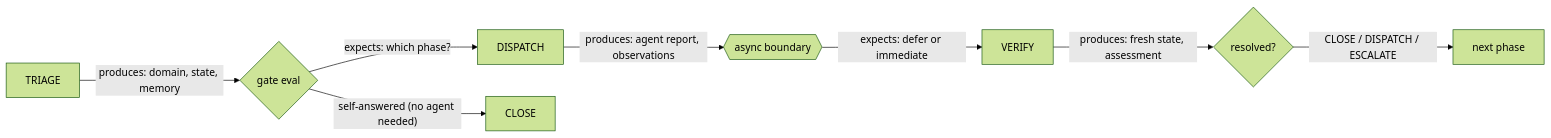
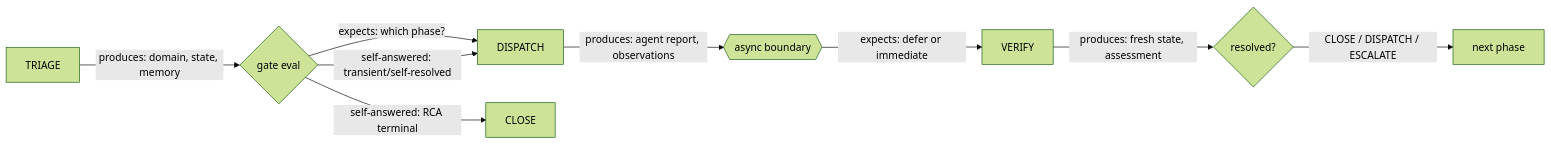
One commit to The-Darwin-Project/Blackboard changed the fourth of 5 diagrams in src/agents/brain_skills/always/09-phase-lifecycle.md. Above: the diagram before and after it, drawn with Mermaid (forest theme). The commit also changed other lines of this file, not shown here.

First line of the commit message:
docs(skills): fix 09-phase-lifecycle.md diagram contradiction with incident-tracking.md

````diff
--- a/src/agents/brain_skills/always/09-phase-lifecycle.md
+++ b/src/agents/brain_skills/always/09-phase-lifecycle.md
@@ -161,10 +162,11 @@
 ```mermaid
 graph LR
     T[TRIAGE] -->|"produces: domain, state, memory"| G1{"gate eval"}
     G1 -->|"expects: which phase?"| D[DISPATCH]
-    G1 -->|"self-answered (no agent needed)"| CL[CLOSE]
+    G1 -->|"self-answered: transient/self-resolved"| D
+    G1 -->|"self-answered: RCA terminal"| CL[CLOSE]
     D -->|"produces: agent report, observations"| G2{{"async boundary"}}
     G2 -->|"expects: defer or immediate"| V[VERIFY]
     V -->|"produces: fresh state, assessment"| G3{"resolved?"}
     G3 -->|"CLOSE / DISPATCH / ESCALATE"| NEXT["next phase"]
 ```
````
